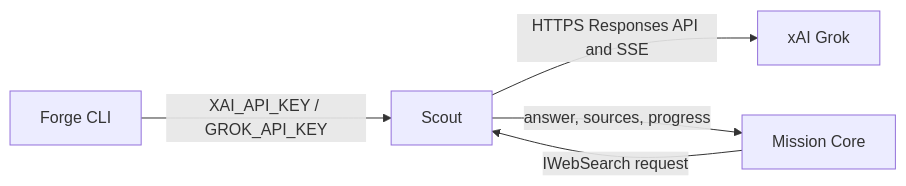
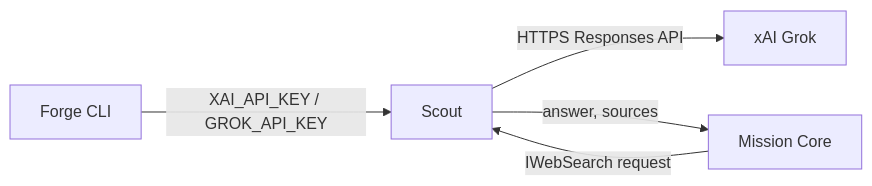
The diagram in src/ForgeMission.Scout/README.md (katasec/forge-mcl), drawn with Mermaid before and after one commit. The commit also changed other lines of this file and 7 other files, not shown here.

Commit message:
Deslop P1 re-discover #2: delete unused Scout progress/SSE path and ImpartialityRating

````diff
--- a/src/ForgeMission.Scout/README.md
+++ b/src/ForgeMission.Scout/README.md
@@ -41,7 +41,7 @@
 ```mermaid
 flowchart LR
   CLI[Forge CLI] -->|XAI_API_KEY / GROK_API_KEY| Scout[Scout]
   Core[Mission Core] -->|IWebSearch request| Scout
-  Scout -->|HTTPS Responses API and SSE| Grok[xAI Grok]
-  Scout -->|answer, sources, progress| Core
+  Scout -->|HTTPS Responses API| Grok[xAI Grok]
+  Scout -->|answer, sources| Core
 ```
````
